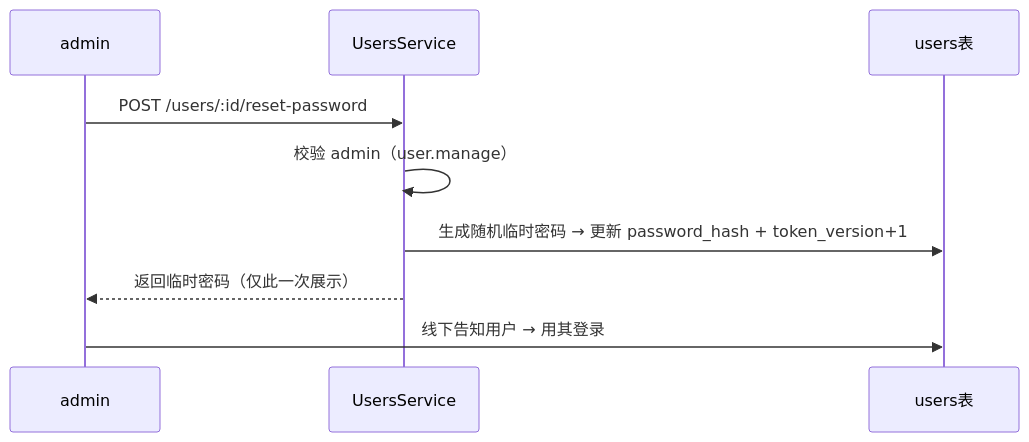
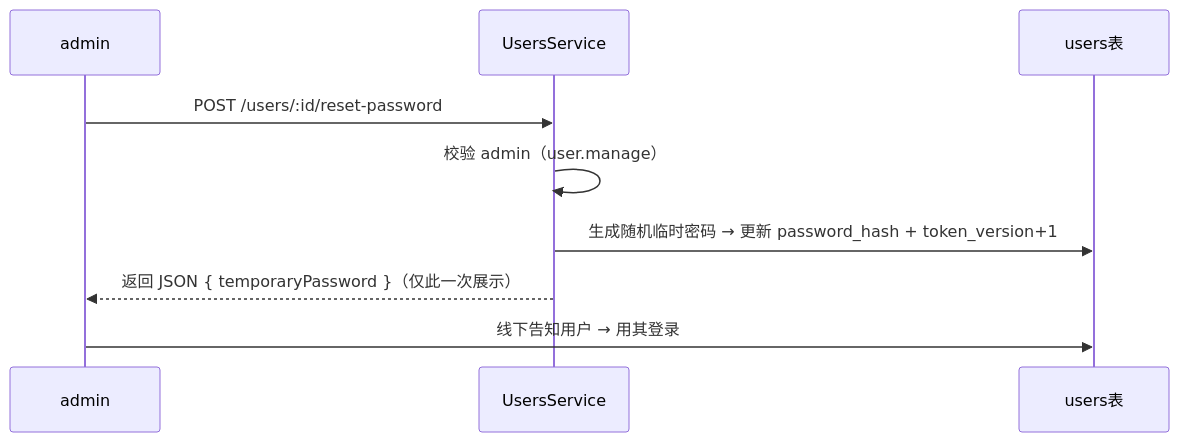
Before and after one commit to lixiname/LITECRM: the seventh of 26 diagrams in docs/01-当前有效/重构架构决策与实施蓝图.md, drawn with Mermaid. The commit also changed other lines of this file and 7 other files, not shown here.

Commit message:
fix(users): return reset password result as json

````diff
--- a/docs/01-当前有效/重构架构决策与实施蓝图.md
+++ b/docs/01-当前有效/重构架构决策与实施蓝图.md
@@ -870,11 +870,11 @@
 ```mermaid
 sequenceDiagram
     participant A as admin
     participant S as UsersService
     participant U as users表
     A->>S: POST /users/:id/reset-password
     S->>S: 校验 admin（user.manage）
     S->>U: 生成随机临时密码 → 更新 password_hash + token_version+1
-    S-->>A: 返回临时密码（仅此一次展示）
+    S-->>A: 返回 JSON { temporaryPassword }（仅此一次展示）
     A->>U: 线下告知用户 → 用其登录
 ```
````
